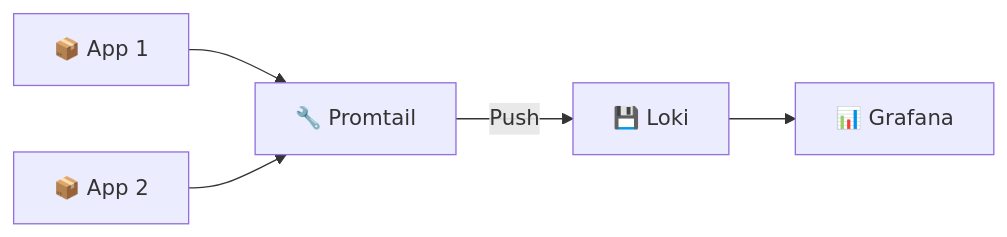
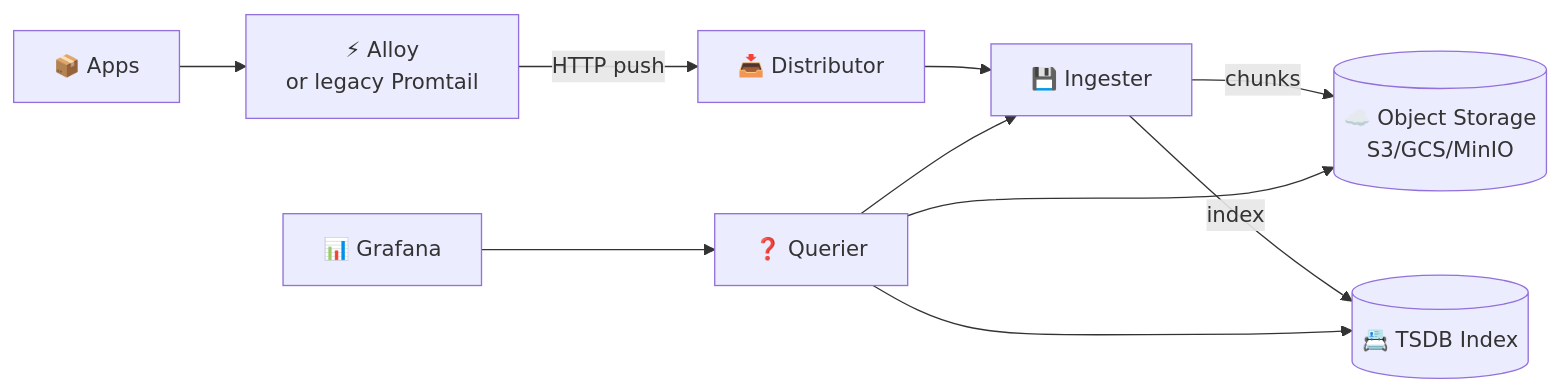
The seventh of 10 diagrams in lectures/lec7.md (inno-devops-labs/DevOps-Core-Course), drawn with Mermaid before and after one commit. The commit also changed other lines of this file and 24 other files, not shown here.

````diff
--- a/lectures/lec7.md
+++ b/lectures/lec7.md
@@ -307,7 +206,12 @@
 ```mermaid
 flowchart LR
-  App1[📦 App 1] --> Promtail[🔧 Promtail]
-  App2[📦 App 2] --> Promtail
-  Promtail -->|Push| Loki[💾 Loki]
-  Loki --> Grafana[📊 Grafana]
+  Apps[📦 Apps] --> Agent[⚡ Alloy<br/>or legacy Promtail]
+  Agent -->|HTTP push| Dist[📥 Distributor]
+  Dist --> Ing[💾 Ingester]
+  Ing -->|chunks| Obj[(☁️ Object Storage<br/>S3/GCS/MinIO)]
+  Ing -->|index| TSDB[(📇 TSDB Index)]
+  Q[❓ Querier] --> Ing
+  Q --> Obj
+  Q --> TSDB
+  Graf[📊 Grafana] --> Q
 ```
````
